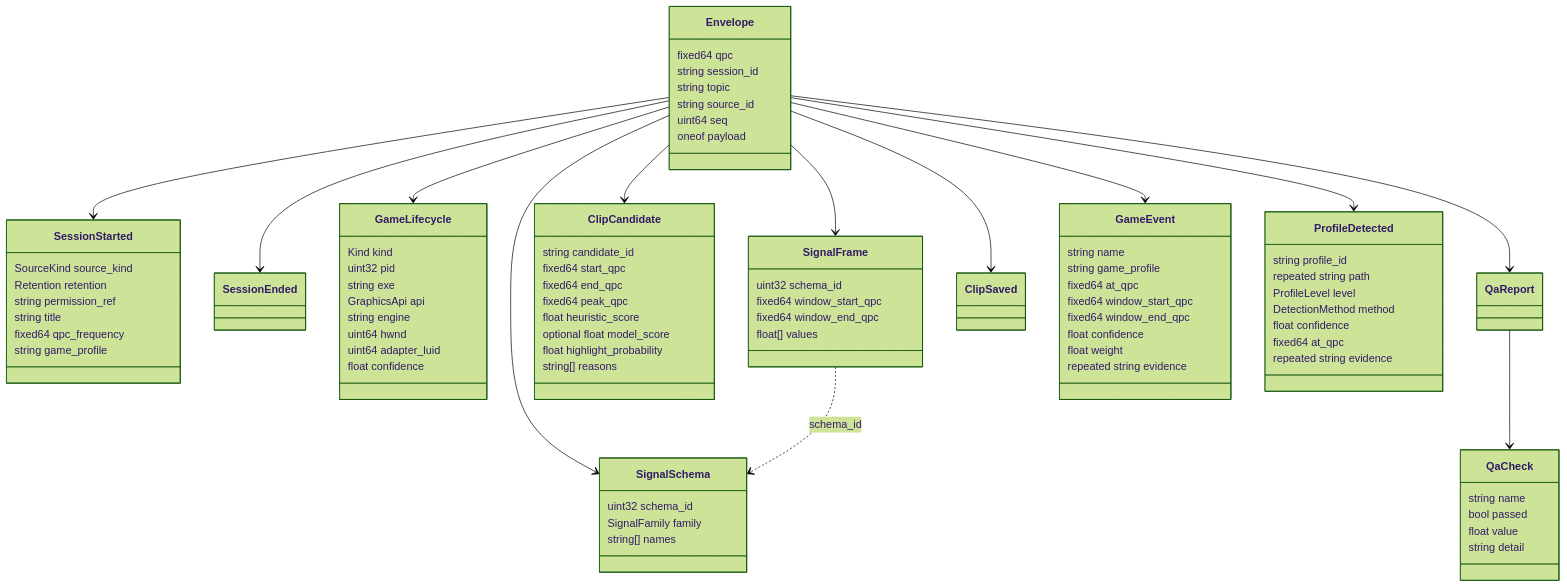
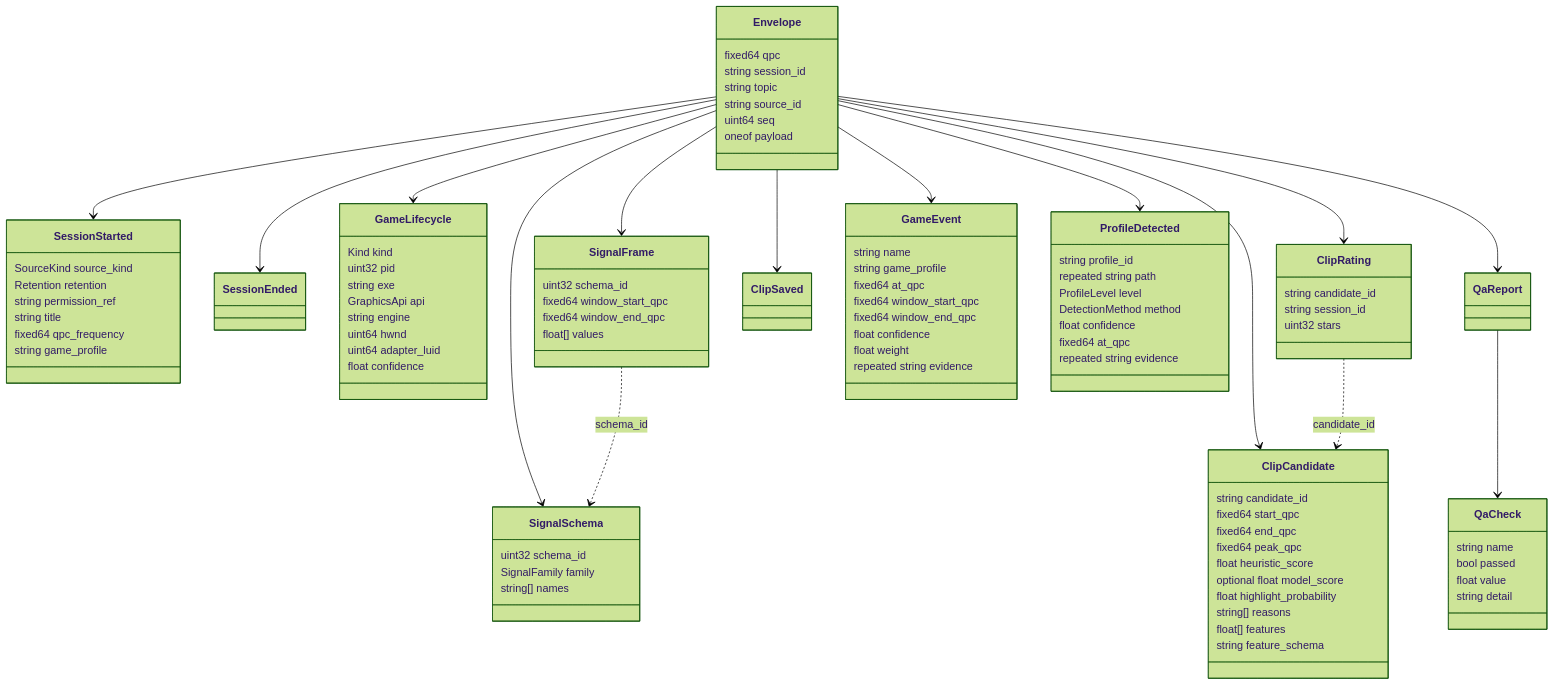
Before and after one commit to Joshmh7128/Lookback: the diagram in docs/wiki/Event-Schema.md, drawn with Mermaid (forest theme). The commit also changed other lines of this file and 53 other files, not shown here.

```diff
--- a/docs/wiki/Event-Schema.md
+++ b/docs/wiki/Event-Schema.md
@@ -40,7 +40,14 @@
     Envelope --> ClipSaved
     Envelope --> GameEvent
     Envelope --> ProfileDetected
+    Envelope --> ClipRating
     QaReport --> QaCheck
+    ClipRating ..> ClipCandidate : candidate_id
+    class ClipRating {
+        string candidate_id
+        string session_id
+        uint32 stars
+    }
     SignalFrame ..> SignalSchema : schema_id
     class ProfileDetected {
         string profile_id
@@ -100,6 +107,8 @@
         optional float model_score
         float highlight_probability
         string[] reasons
+        float[] features
+        string feature_schema
     }
     class QaCheck {
         string name
```
